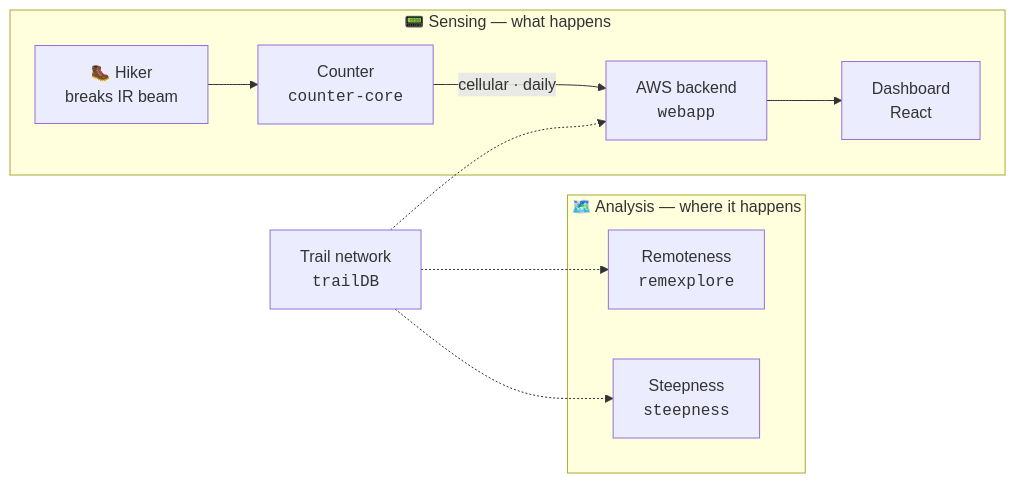
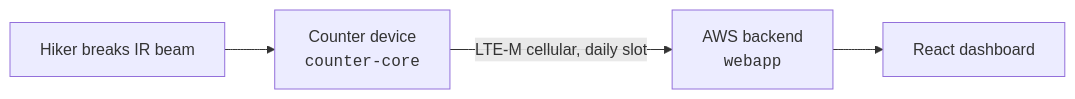
The diagram in profile/README.md (TrailCount/.github), drawn with Mermaid before and after one commit. The commit also changed other lines of this file, not shown here.

````diff
--- a/profile/README.md
+++ b/profile/README.md
@@ -34,15 +35,6 @@
 ```mermaid
 flowchart LR
-  subgraph S ["📟 Sensing — what happens"]
-    A["🥾 Hiker<br/>breaks IR beam"] --> B["Counter<br/><code>counter-core</code>"]
-    B -->|"cellular · daily"| C["AWS backend<br/><code>webapp</code>"]
-    C --> D["Dashboard<br/>React"]
-  end
-  subgraph M ["🗺️ Analysis — where it happens"]
-    E["Remoteness<br/><code>remexplore</code>"]
-    F["Steepness<br/><code>steepness</code>"]
-  end
-  G["Trail network<br/><code>trailDB</code>"] -.-> C
-  G -.-> E
-  G -.-> F
+  A["Hiker breaks IR beam"] --> B["Counter device<br/><code>counter-core</code>"]
+  B -->|"LTE-M cellular, daily slot"| C["AWS backend<br/><code>webapp</code>"]
+  C --> D["React dashboard"]
 ```
````
